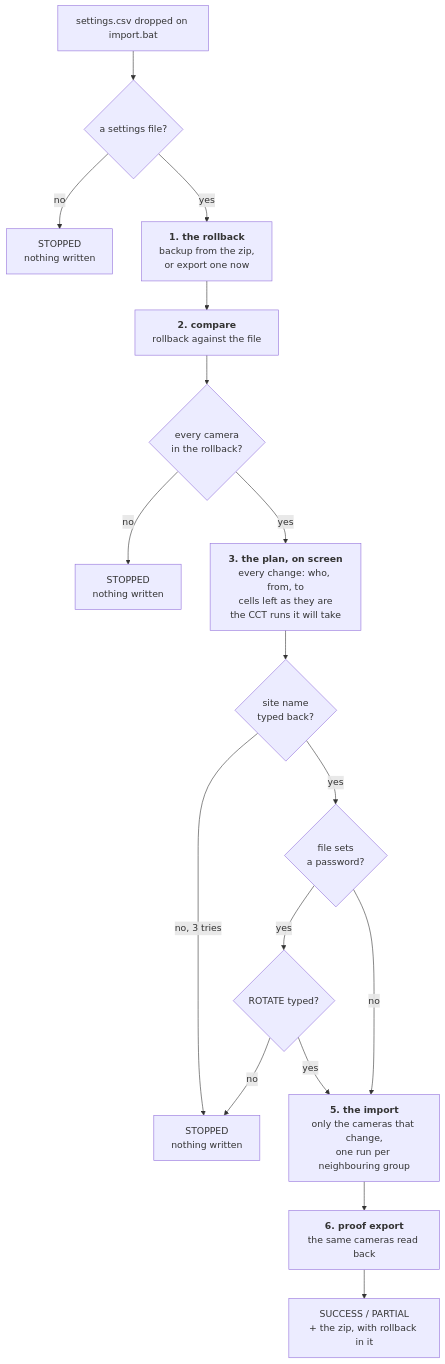
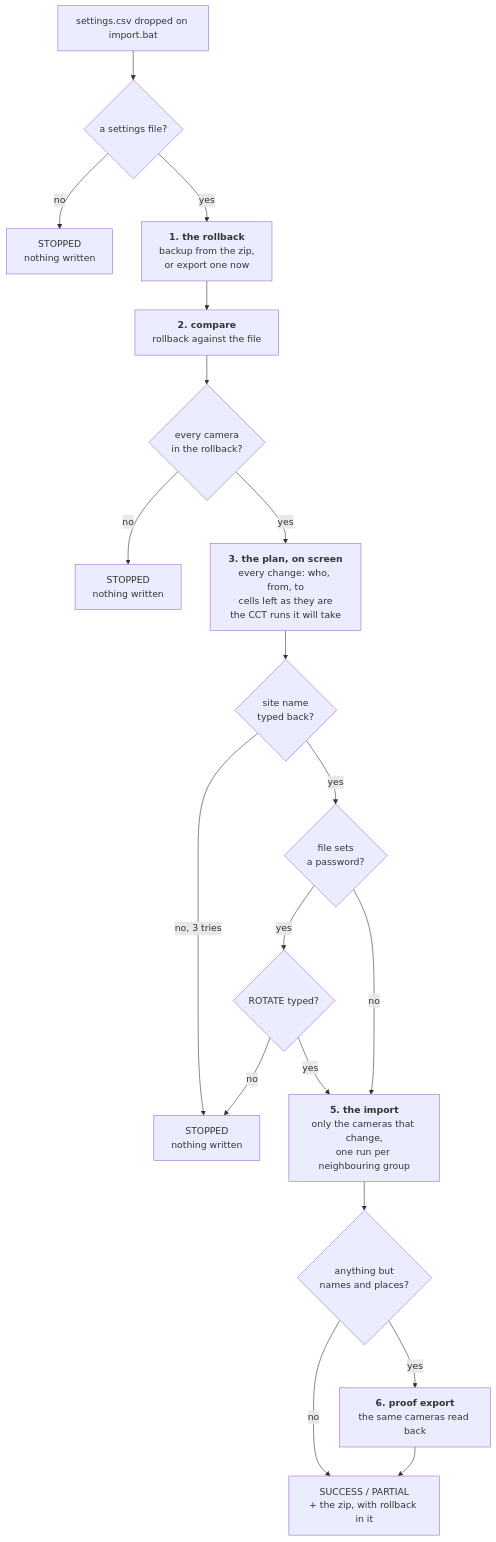
Before and after one commit to will-jackson33/camera-settings-bulk-csv: the second of 2 diagrams in ARCHITECTURE.md, drawn with Mermaid. The commit also changed other lines of this file and 8 other files, not shown here.

````diff
--- a/ARCHITECTURE.md
+++ b/ARCHITECTURE.md
@@ -92,19 +92,21 @@
 ```mermaid
 flowchart TD
   A["settings.csv dropped on import.bat"] --> B{"a settings file?"}
   B -->|no| S1["STOPPED<br/>nothing written"]
   B -->|yes| C["<b>1. the rollback</b><br/>backup from the zip,<br/>or export one now"]
   C --> D["<b>2. compare</b><br/>rollback against the file"]
   D --> E{"every camera<br/>in the rollback?"}
   E -->|no| S2["STOPPED<br/>nothing written"]
   E -->|yes| F["<b>3. the plan, on screen</b><br/>every change: who, from, to<br/>cells left as they are<br/>the CCT runs it will take"]
   F --> G{"site name<br/>typed back?"}
   G -->|no, 3 tries| S3["STOPPED<br/>nothing written"]
   G -->|yes| H{"file sets<br/>a password?"}
   H -->|yes| I{"ROTATE typed?"}
   I -->|no| S3
   I -->|yes| J
   H -->|no| J["<b>5. the import</b><br/>only the cameras that change,<br/>one run per neighbouring group"]
-  J --> K["<b>6. proof export</b><br/>the same cameras read back"]
+  J --> P{"anything but<br/>names and places?"}
+  P -->|no| V
+  P -->|yes| K["<b>6. proof export</b><br/>the same cameras read back"]
   K --> V["SUCCESS / PARTIAL<br/>+ the zip, with rollback in it"]
 ```
````
